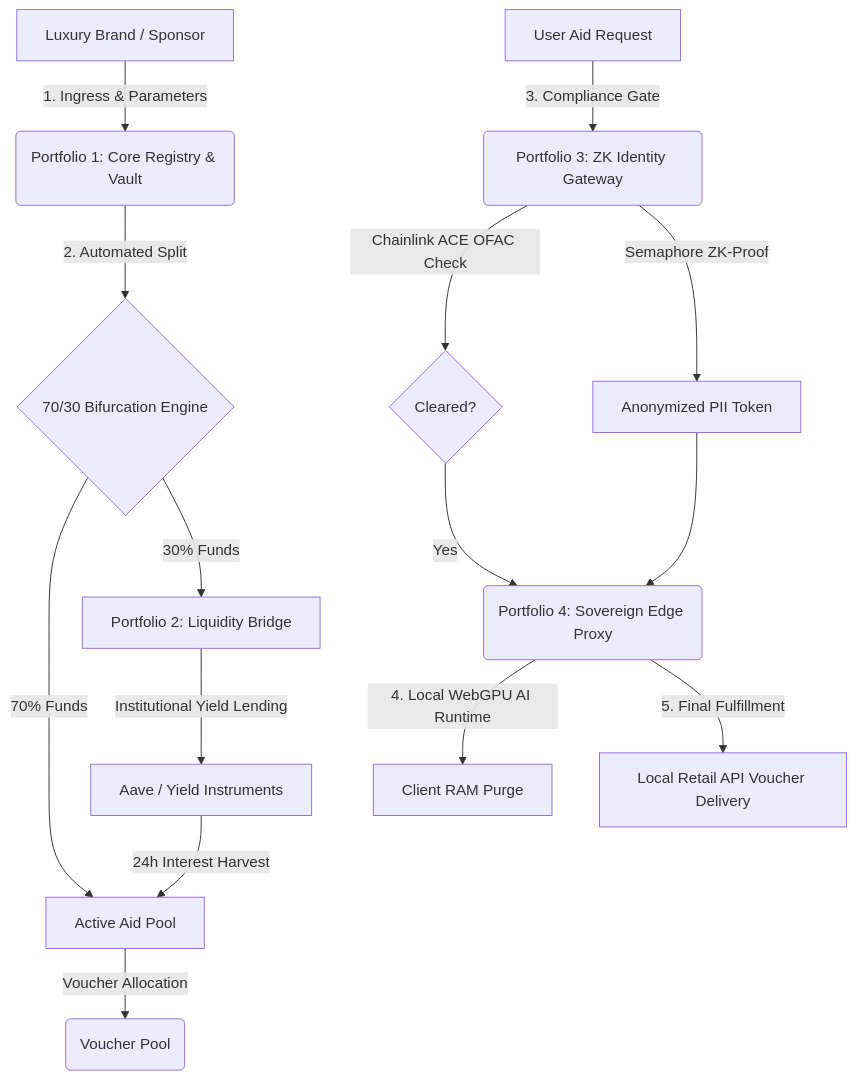
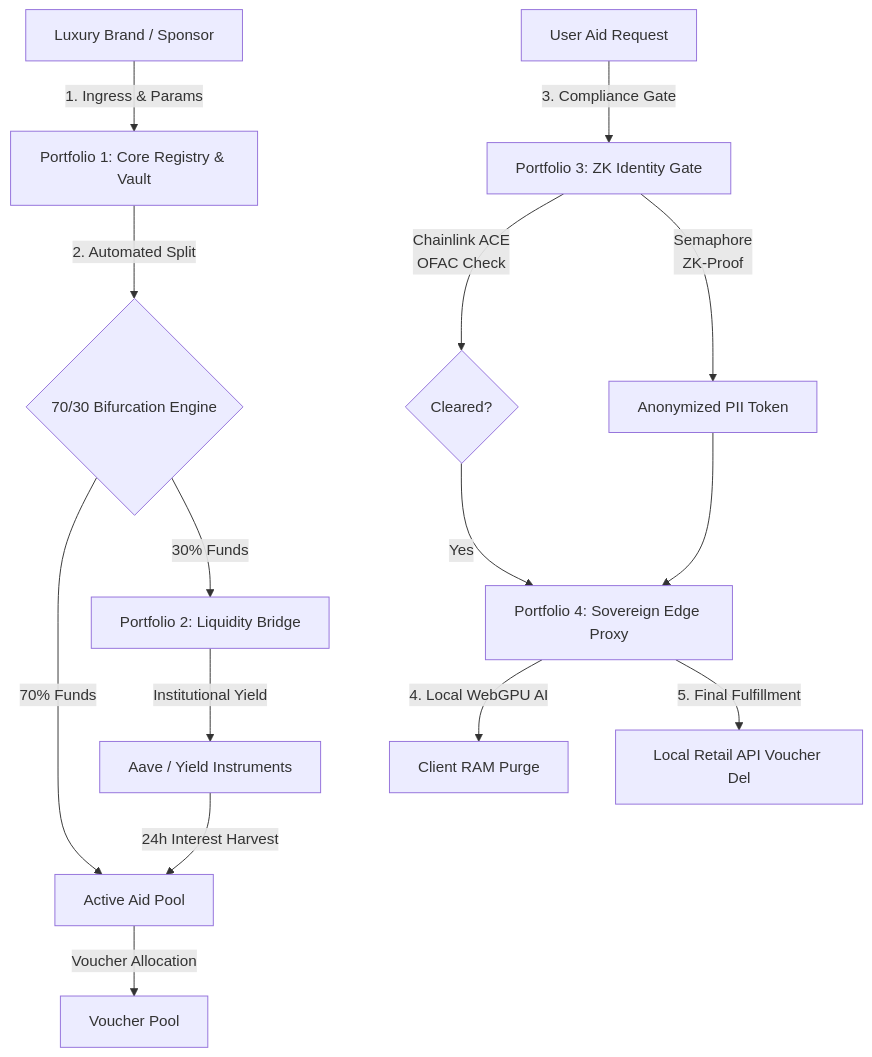
One commit to giddycodit/couture-gives-back-protocol changed the diagram in README.md. Above: the diagram before and after it, drawn with Mermaid.

Commit message:
Revise protocol diagram and descriptions in README
Updated the diagram and text for clarity and consistency.

````diff
--- a/README.md
+++ b/README.md
@@ -35,20 +35,20 @@
 ```mermaid
 graph TD
-    A[Luxury Brand / Sponsor] -->|1. Ingress & Parameters| B(Portfolio 1: Core Registry & Vault)
-    B -->|2. Automated Split| C{70/30 Bifurcation Engine}
-    C -->|70% Funds| D[Active Aid Pool]
-    C -->|30% Funds| E[Portfolio 2: Liquidity Bridge]
-    E -->|Institutional Yield Lending| F[Aave / Yield Instruments]
-    F -->|24h Interest Harvest| D
-    D -->|Voucher Allocation| G(Voucher Pool)
-    
-    H[User Aid Request] -->|3. Compliance Gate| I(Portfolio 3: ZK Identity Gateway)
-    I -->|Chainlink ACE OFAC Check| J{Cleared?}
-    I -->|Semaphore ZK-Proof| K[Anonymized PII Token]
-    
-    J -->|Yes| L(Portfolio 4: Sovereign Edge Proxy)
-    K --> L
-    
-    L -->|4. Local WebGPU AI Runtime| M[Client RAM Purge]
-    L -->|5. Final Fulfillment| N[Local Retail API Voucher Delivery]
+ A[Luxury Brand / Sponsor] -->|1. Ingress & Params| B[Portfolio 1: Core Registry & Vault]
+ B -->|2. Automated Split| C{70/30 Bifurcation Engine}
+ C -->|70% Funds| D[Active Aid Pool]
+ C -->|30% Funds| E[Portfolio 2: Liquidity Bridge]
+ E -->|Institutional Yield| F[Aave / Yield Instruments]
+ F -->|24h Interest Harvest| D
+ D -->|Voucher Allocation| G[Voucher Pool]
+
+ H[User Aid Request] -->|3. Compliance Gate| I[Portfolio 3: ZK Identity Gate]
+ I -->|Chainlink ACE<br/>OFAC Check| J{Cleared?}
+ I -->|Semaphore<br/>ZK-Proof| K[Anonymized PII Token]
+
+ J -->|Yes| L[Portfolio 4: Sovereign Edge Proxy]
+ K --> L
+
+ L -->|4. Local WebGPU AI| M[Client RAM Purge]
+ L -->|5. Final Fulfillment| N[Local Retail API Voucher Del]
 ```
````
